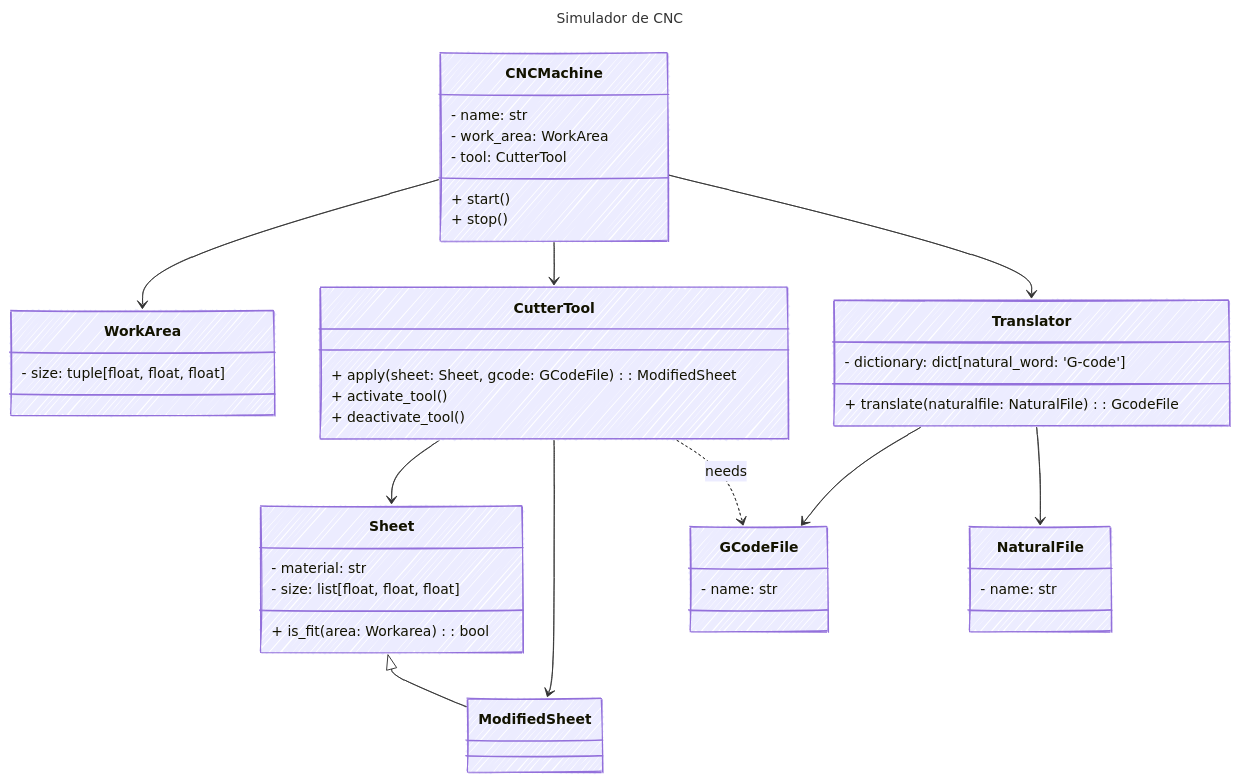
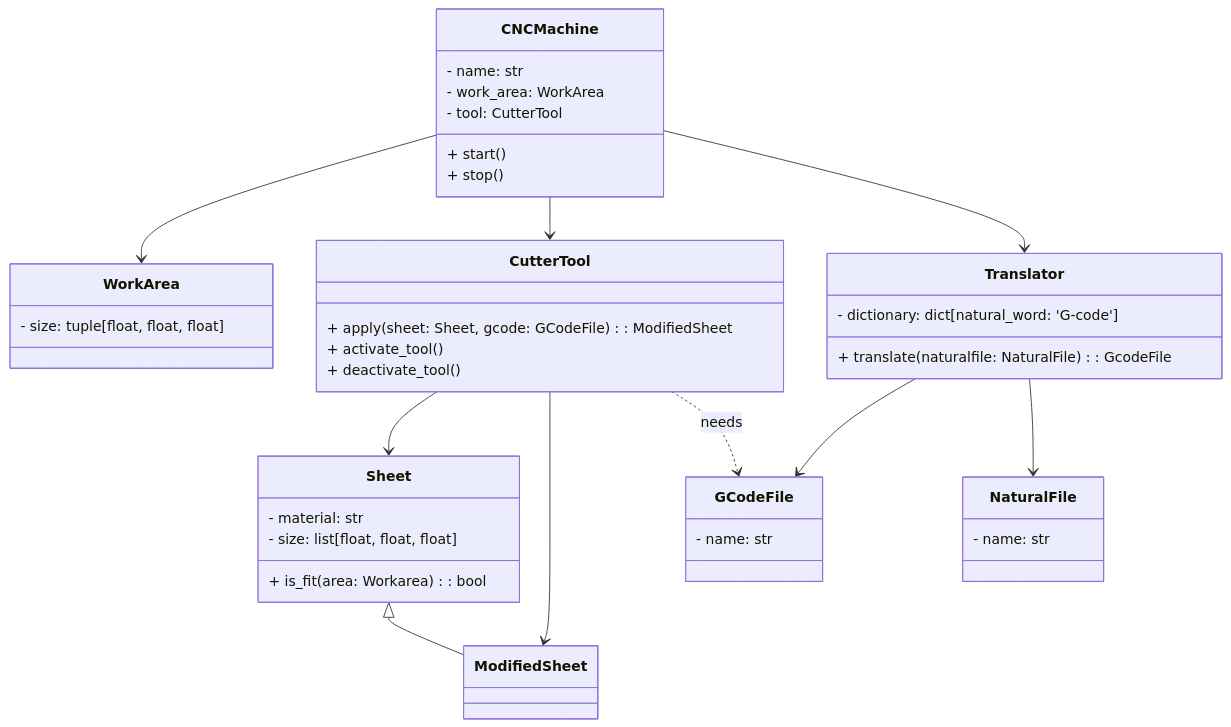
The diagram in README.md (11ZaidaG11/Proyecto-POO), drawn with Mermaid before and after one commit.

````diff
--- a/README.md
+++ b/README.md
@@ -71,53 +71,46 @@
 ```mermaid
----
-config:
-  theme: default
-  look: handDrawn
-  layout: dagre
-title: Simulador de CNC
----
 classDiagram
 direction TB
     class WorkArea {
 	    - size: tuple[float, float, float]
     }
     class Sheet {
 	    - material: str
 	    - size: list[float, float, float]
 	    + is_fit(area: Workarea) : bool
     }
     class NaturalFile {
 	    - name: str
     }
     class Translator {
 	    - dictionary: dict[natural_word: 'G-code']
 	    + translate(naturalfile: NaturalFile) : GcodeFile
     }
     class GCodeFile {
 	    - name: str
     }
     class ModifiedSheet {
     }
     class CNCMachine {
 	    - name: str
 	    - work_area: WorkArea
 	    - tool: CutterTool
 	    + start()
 	    + stop()
     }
     class CutterTool {
 	    + apply(sheet: Sheet, gcode: GCodeFile) : ModifiedSheet
 	    + activate_tool()
 	    + deactivate_tool()
     }
 
     Sheet <|-- ModifiedSheet
     CNCMachine --> WorkArea
     CNCMachine --> CutterTool
     Translator --> GCodeFile
     Translator --> NaturalFile
     CNCMachine --> Translator
     CutterTool --> Sheet
     CutterTool --> ModifiedSheet
     CutterTool ..> GCodeFile : needs
 ```
````
